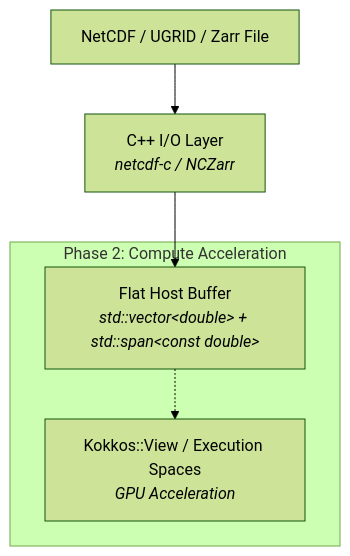
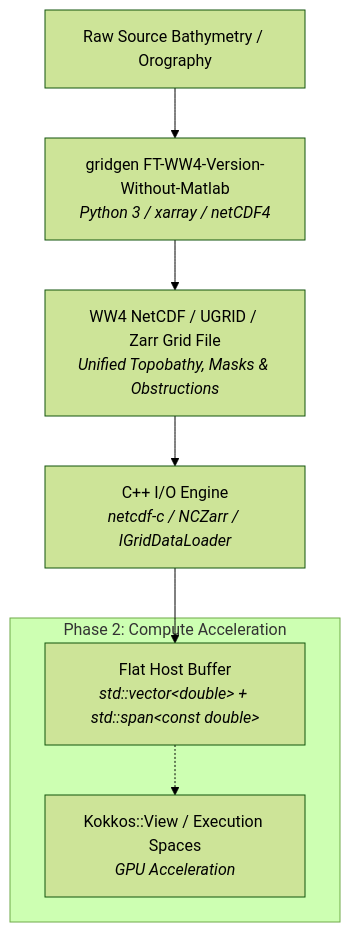
One commit to HendrikTolman-NOAA/WW4_HLT changed the first of 2 diagrams in ASSESSMENT.md. Above: the diagram before and after it, drawn with Mermaid (forest theme). The commit also changed other lines of this file, not shown here.

First line of the commit message:
Add gridgen setup for WW4 without Matlab to ASSESSMENT.md

````diff
--- a/ASSESSMENT.md
+++ b/ASSESSMENT.md
@@ -53,9 +115,11 @@
 ```mermaid
 flowchart TD
-    A[NetCDF / UGRID / Zarr File] --> B[C++ I/O Layer<br/><i>netcdf-c / NCZarr</i>]
-    B --> C[Flat Host Buffer<br/><i>std::vector&lt;double&gt; + std::span&lt;const double&gt;</i>]
+    A[Raw Source Bathymetry / Orography] --> B[gridgen FT-WW4-Version-Without-Matlab<br/><i>Python 3 / xarray / netCDF4</i>]
+    B --> C[WW4 NetCDF / UGRID / Zarr Grid File<br/><i>Unified Topobathy, Masks & Obstructions</i>]
+    C --> D[C++ I/O Engine<br/><i>netcdf-c / NCZarr / IGridDataLoader</i>]
+    D --> E[Flat Host Buffer<br/><i>std::vector&lt;double&gt; + std::span&lt;const double&gt;</i>]
 
     subgraph Future_Compute_Engine [Phase 2: Compute Acceleration]
-        C -.-> D[Kokkos::View / Execution Spaces<br/><i>GPU Acceleration</i>]
+        E -.-> F[Kokkos::View / Execution Spaces<br/><i>GPU Acceleration</i>]
     end
 ```
````
